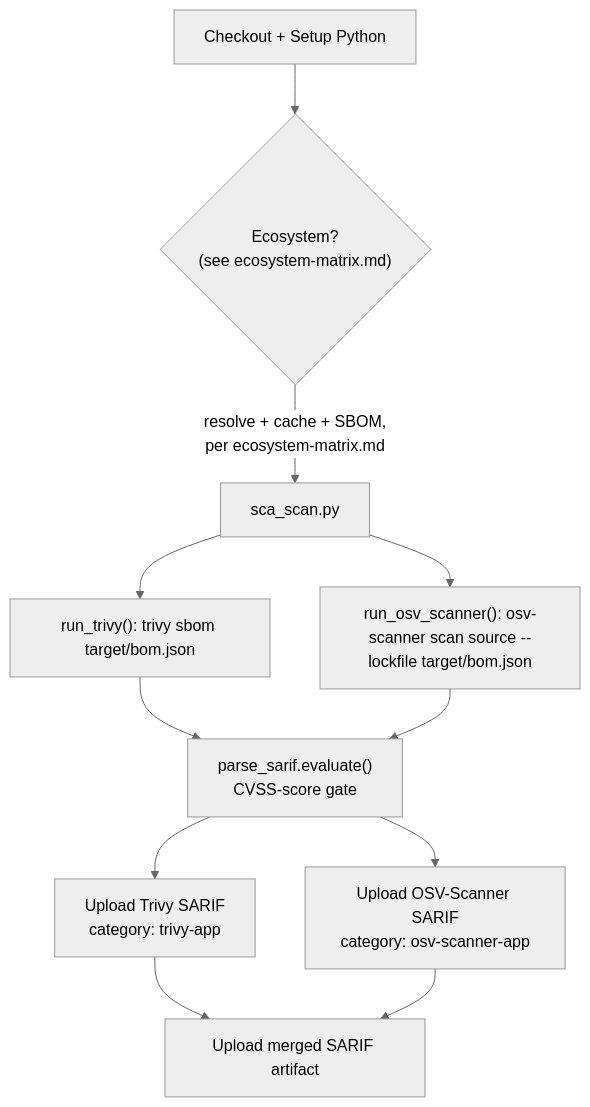
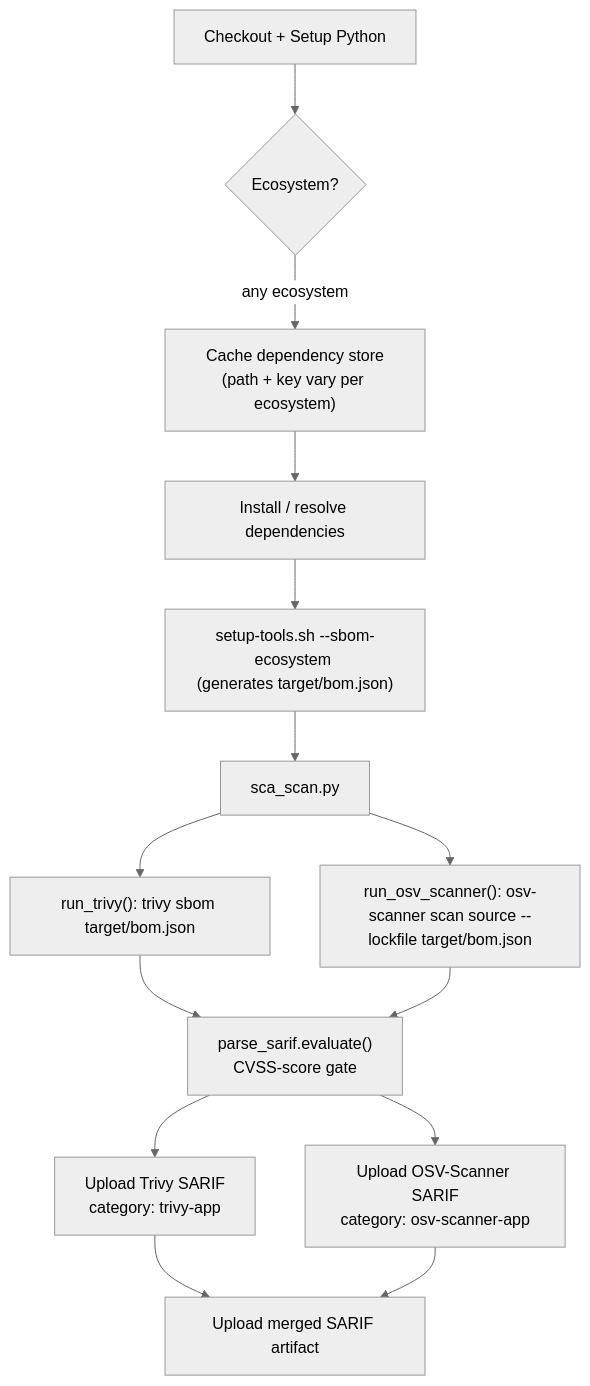
One commit to moghit-eou/EBRAIN-DevSecOps-handbook changed the diagram in reference/pipeline-sca.md. Above: the diagram before and after it, drawn with Mermaid (neutral theme). The commit also changed other lines of this file and 26 other files, not shown here.

````diff
--- a/reference/pipeline-sca.md
+++ b/reference/pipeline-sca.md
@@ -23,13 +15,16 @@
 ```mermaid
 flowchart TD
-    A["Checkout + Setup Python"] --> B{"Ecosystem?\n(see ecosystem-matrix.md)"}
-    B -->|"resolve + cache + SBOM,\nper ecosystem-matrix.md"| E["sca_scan.py"]
+    A["Checkout + Setup Python"] --> B{"Ecosystem?"}
+    B -->|any ecosystem| C1["Cache dependency store\n(path + key vary per ecosystem)"]
+    C1 --> C2["Install / resolve dependencies"]
+    C2 --> C3["setup-tools.sh --sbom-ecosystem <ecosystem>\n(generates target/bom.json)"]
+    C3 --> E["sca_scan.py"]
     E --> F["run_trivy(): trivy sbom target/bom.json"]
     E --> G["run_osv_scanner(): osv-scanner scan source --lockfile target/bom.json"]
     F --> H["parse_sarif.evaluate()\nCVSS-score gate"]
     G --> H
     H --> I["Upload Trivy SARIF\ncategory: trivy-app"]
     H --> J["Upload OSV-Scanner SARIF\ncategory: osv-scanner-app"]
     I --> K["Upload merged SARIF artifact"]
     J --> K
 ```
````
